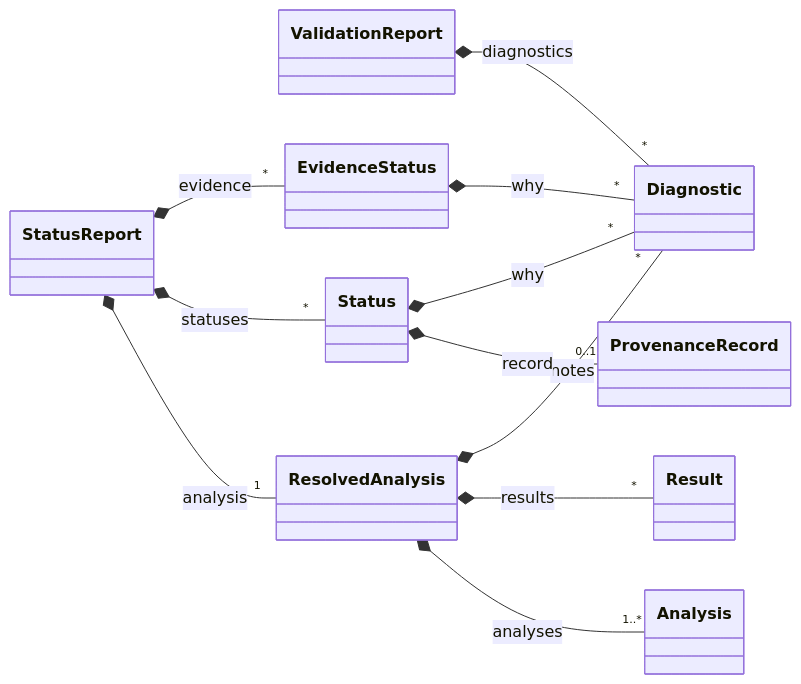
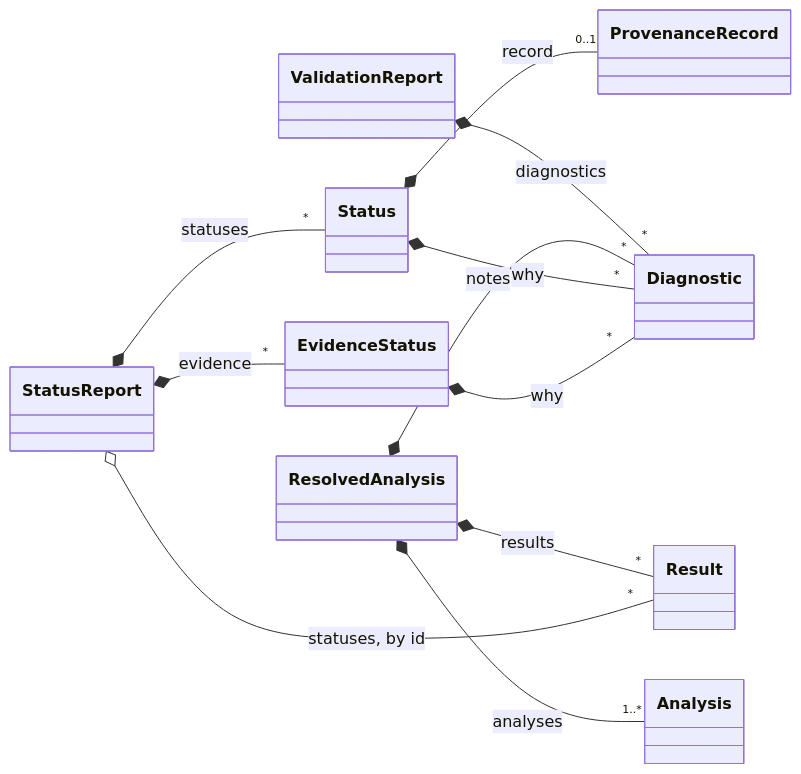
One commit to astra-project/astra-tools changed the first of 8 diagrams in docs/data-model.md. Above: the diagram before and after it, drawn with Mermaid. The commit also changed other lines of this file and 20 other files, not shown here.

First line of the commit message:
StatusReport holds the statuses, and not the analysis

````diff
--- a/docs/data-model.md
+++ b/docs/data-model.md
@@ -42,23 +43,23 @@
 ```mermaid
 classDiagram
   direction LR
   class ValidationReport
   class ResolvedAnalysis
   class StatusReport
   class Analysis
   class Result
   class Status
   class EvidenceStatus
   class ProvenanceRecord
   class Diagnostic
   ValidationReport *-- "*" Diagnostic : diagnostics
   ResolvedAnalysis *-- "1..*" Analysis : analyses
   ResolvedAnalysis *-- "*" Result : results
   ResolvedAnalysis *-- "*" Diagnostic : notes
-  StatusReport *-- "1" ResolvedAnalysis : analysis
   StatusReport *-- "*" Status : statuses
   StatusReport *-- "*" EvidenceStatus : evidence
+  StatusReport o-- "*" Result : statuses, by id
   Status *-- "0..1" ProvenanceRecord : record
   Status *-- "*" Diagnostic : why
   EvidenceStatus *-- "*" Diagnostic : why
 ```
````
